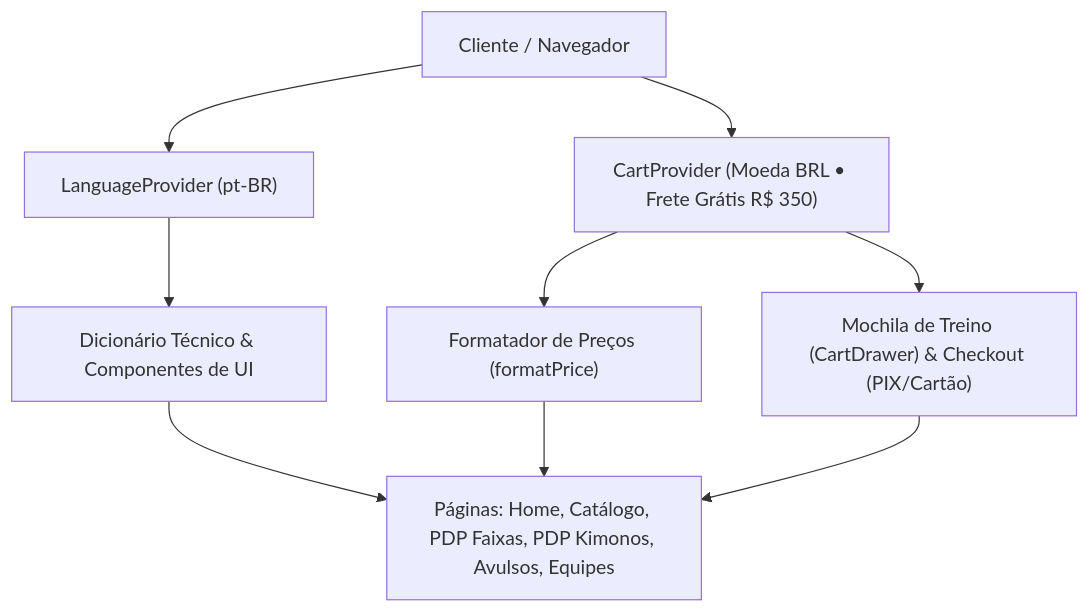
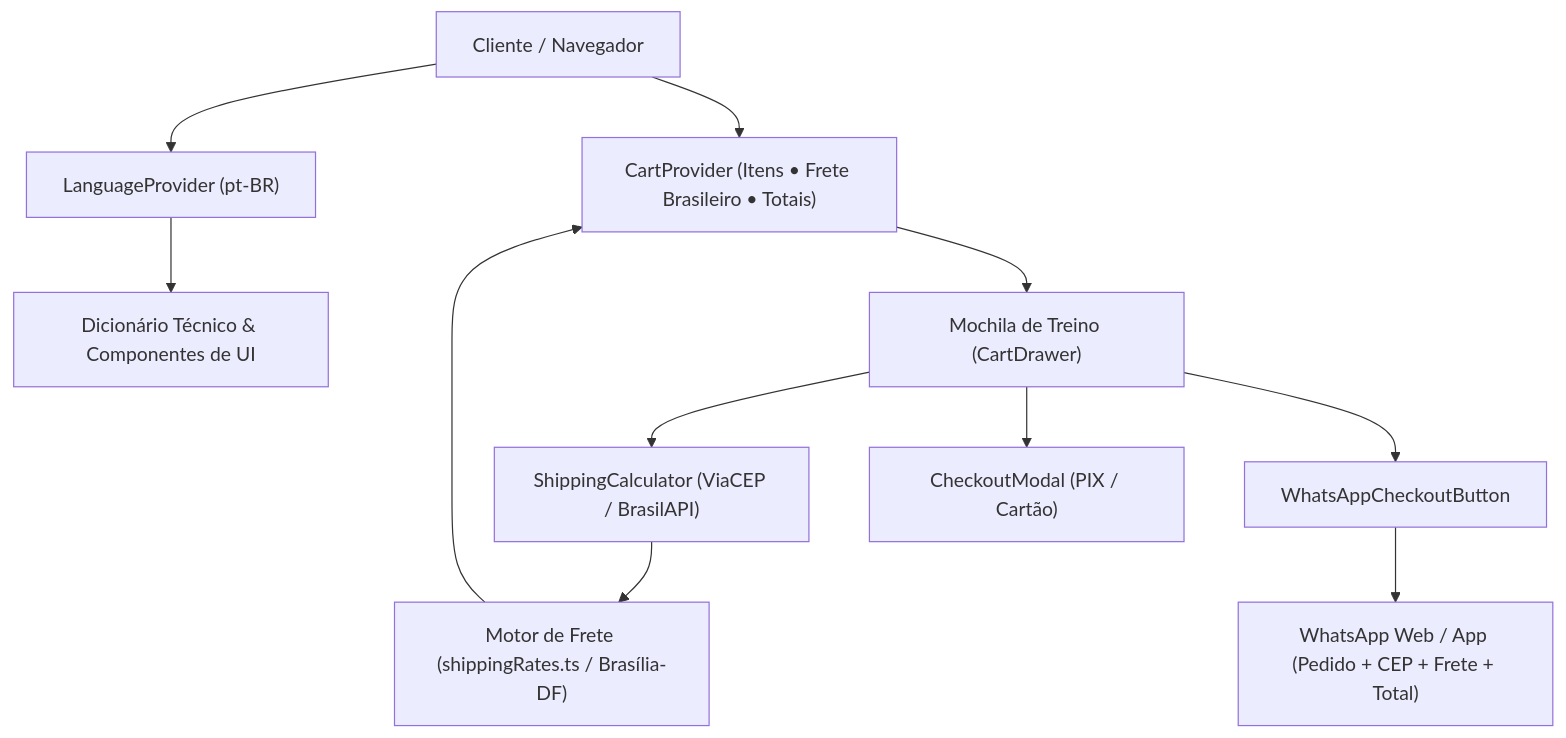
Before and after one commit to angolawi/blackrhino: the diagram in README.md, drawn with Mermaid. The commit also changed other lines of this file and 10 other files, not shown here.

````diff
--- a/README.md
+++ b/README.md
@@ -234,11 +258,13 @@
 ```mermaid
 flowchart TD
     A["Cliente / Navegador"] --> B["LanguageProvider (pt-BR)"]
-    A --> C["CartProvider (Moeda BRL • Frete Grátis R$ 350)"]
+    A --> C["CartProvider (Itens • Frete Brasileiro • Totais)"]
     B --> D["Dicionário Técnico & Componentes de UI"]
-    C --> E["Mochila de Treino (CartDrawer) & Checkout (PIX/Cartão)"]
-    C --> F["Formatador de Preços (formatPrice)"]
-    D --> G["Páginas: Home, Catálogo, PDP Faixas, PDP Kimonos, Avulsos, Equipes"]
-    F --> G
-    E --> G
+    C --> E["Mochila de Treino (CartDrawer)"]
+    E --> F["ShippingCalculator (ViaCEP / BrasilAPI)"]
+    F --> G["Motor de Frete (shippingRates.ts / Brasília-DF)"]
+    G --> C
+    E --> H["WhatsAppCheckoutButton"]
+    H --> I["WhatsApp Web / App (Pedido + CEP + Frete + Total)"]
+    E --> J["CheckoutModal (PIX / Cartão)"]
 ```
````
